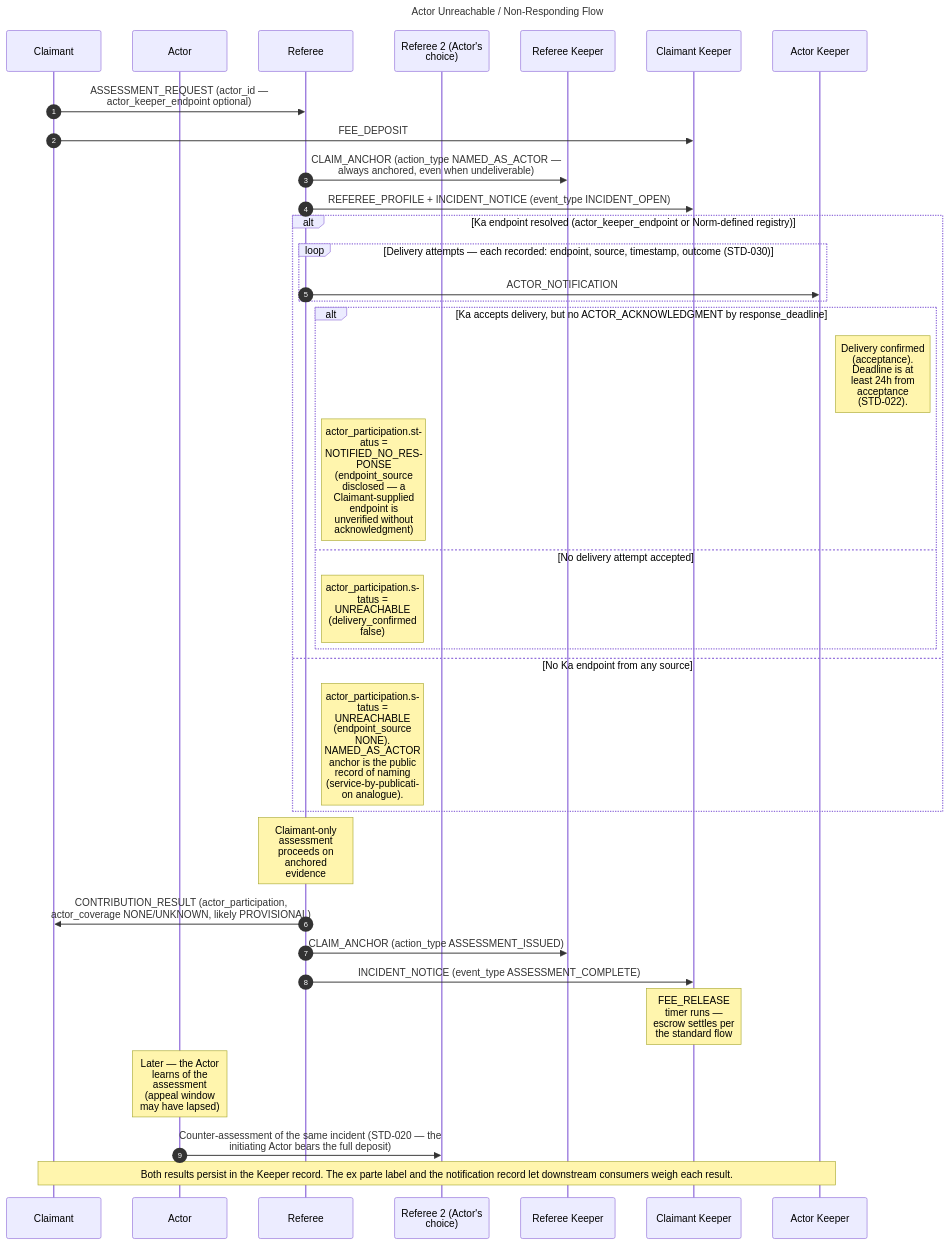
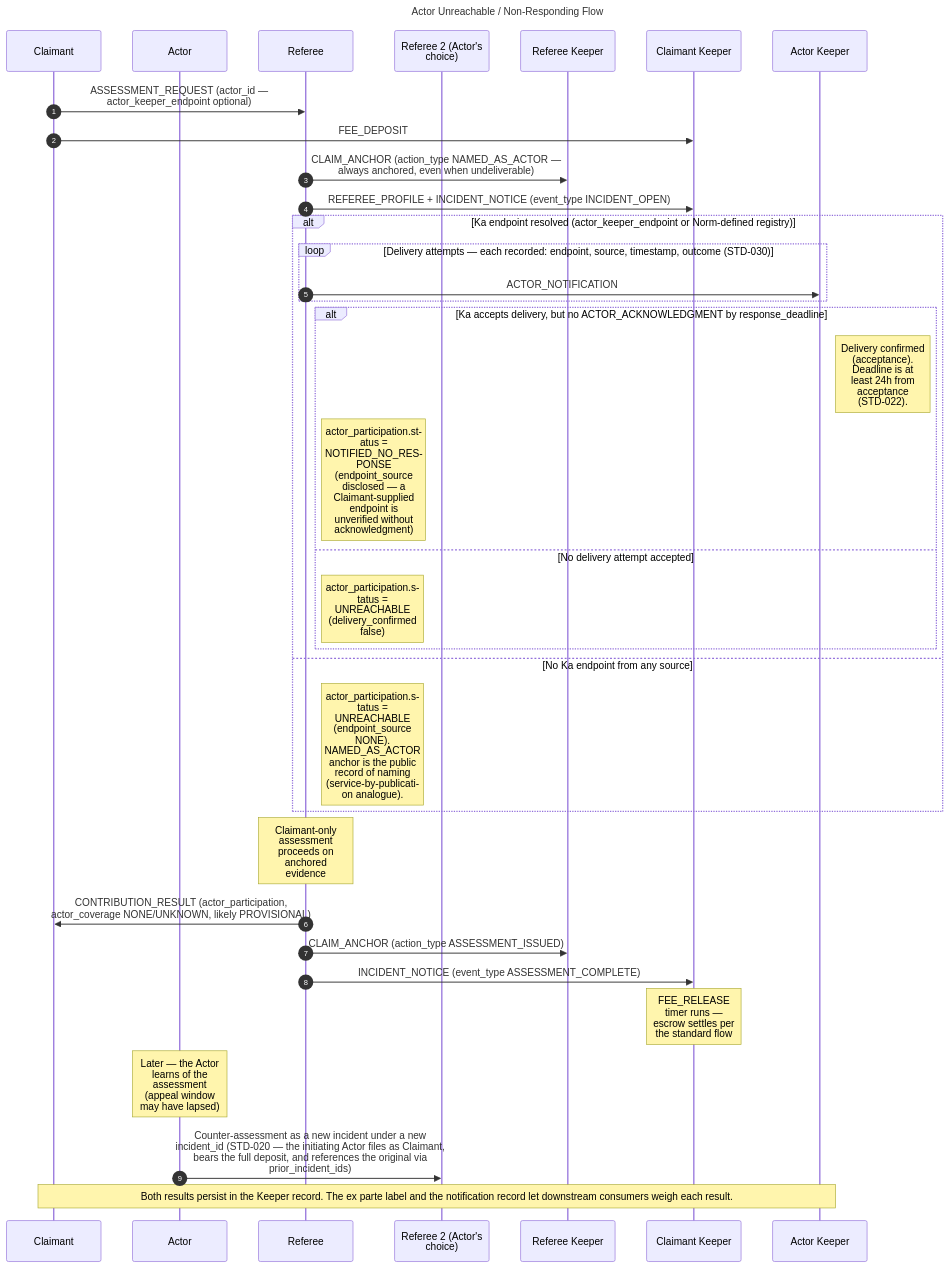
Before and after one commit to rackp-io/rackp: the second of 3 diagrams in docs/SEQUENCE.md, drawn with Mermaid. The commit also changed 5 other files, not shown here.

````diff
--- a/docs/SEQUENCE.md
+++ b/docs/SEQUENCE.md
@@ -185,43 +185,43 @@
 ```mermaid
 %%{init: {"sequence": {"wrap": true}}}%%
 sequenceDiagram
     autonumber
     title Actor Unreachable / Non-Responding Flow
 
     participant C as Claimant
     participant A as Actor
     participant R as Referee
     participant R2 as Referee 2 (Actor's choice)
     participant Kr as Referee Keeper
     participant Kc as Claimant Keeper
     participant Ka as Actor Keeper
 
     C->>R: ASSESSMENT_REQUEST (actor_id — actor_keeper_endpoint optional)
     C->>Kc: FEE_DEPOSIT
     R->>Kr: CLAIM_ANCHOR (action_type NAMED_AS_ACTOR — always anchored, even when undeliverable)
     R->>Kc: REFEREE_PROFILE + INCIDENT_NOTICE (event_type INCIDENT_OPEN)
 
     alt Ka endpoint resolved (actor_keeper_endpoint or Norm-defined registry)
         loop Delivery attempts — each recorded: endpoint, source, timestamp, outcome (STD-030)
             R->>Ka: ACTOR_NOTIFICATION
         end
         alt Ka accepts delivery, but no ACTOR_ACKNOWLEDGMENT by response_deadline
             Note right of Ka: Delivery confirmed (acceptance). Deadline is at least 24h from acceptance (STD-022).
             Note right of R: actor_participation.status = NOTIFIED_NO_RESPONSE (endpoint_source disclosed — a Claimant-supplied endpoint is unverified without acknowledgment)
         else No delivery attempt accepted
             Note right of R: actor_participation.status = UNREACHABLE (delivery_confirmed false)
         end
     else No Ka endpoint from any source
         Note right of R: actor_participation.status = UNREACHABLE (endpoint_source NONE). NAMED_AS_ACTOR anchor is the public record of naming (service-by-publication analogue).
     end
 
     Note over R: Claimant-only assessment proceeds on anchored evidence
     R->>C: CONTRIBUTION_RESULT (actor_participation, actor_coverage NONE/UNKNOWN, likely PROVISIONAL)
     R->>Kr: CLAIM_ANCHOR (action_type ASSESSMENT_ISSUED)
     R->>Kc: INCIDENT_NOTICE (event_type ASSESSMENT_COMPLETE)
     Note over Kc: FEE_RELEASE timer runs — escrow settles per the standard flow
 
     Note over A: Later — the Actor learns of the assessment (appeal window may have lapsed)
-    A->>R2: Counter-assessment of the same incident (STD-020 — the initiating Actor bears the full deposit)
+    A->>R2: Counter-assessment as a new incident under a new incident_id (STD-020 — the initiating Actor files as Claimant, bears the full deposit, and references the original via prior_incident_ids)
     Note over C, Ka: Both results persist in the Keeper record. The ex parte label and the notification record let downstream consumers weigh each result.
 ```
````
